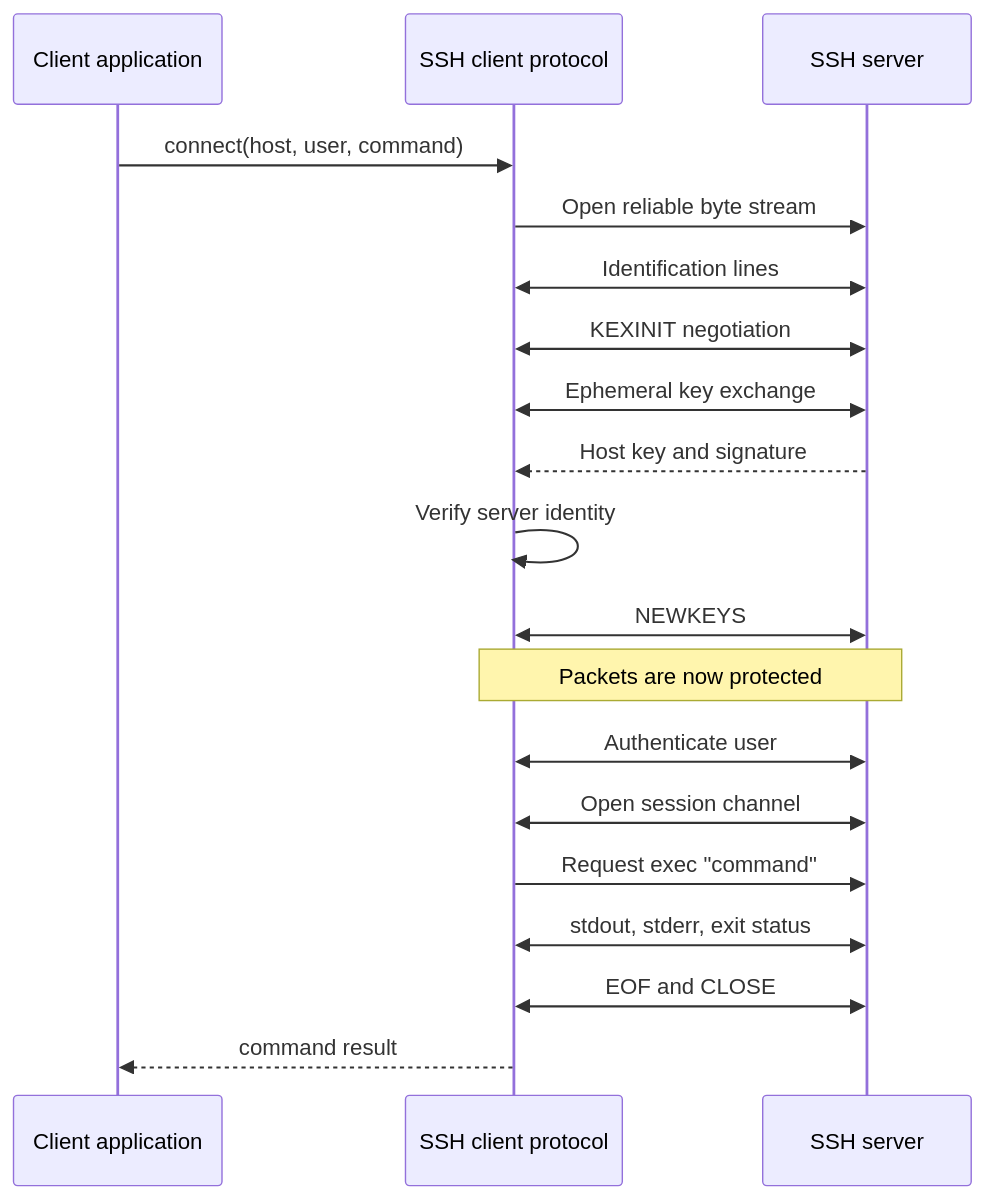
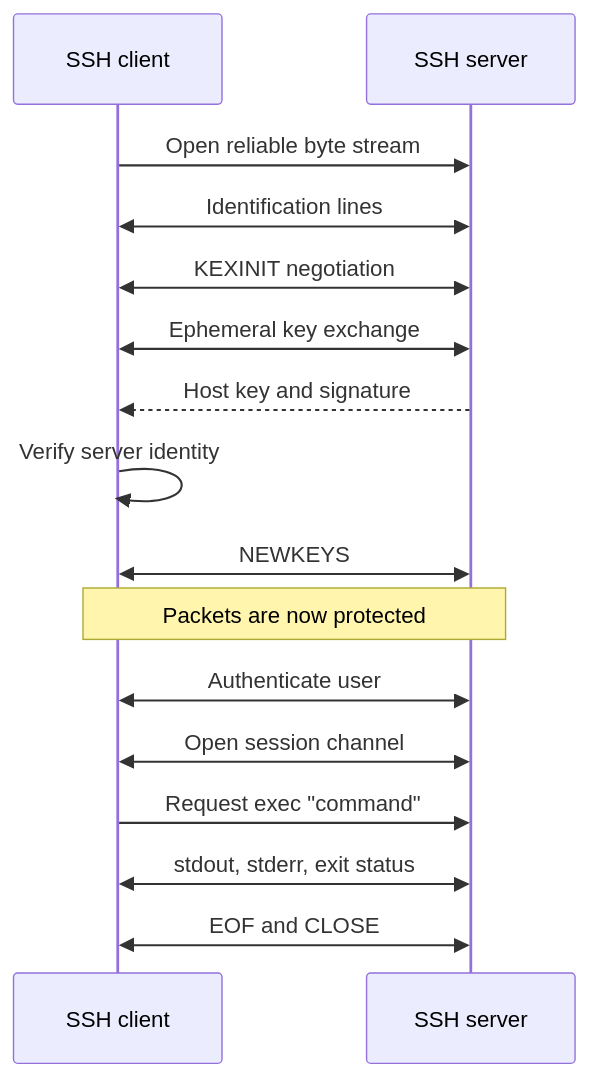
The second of 2 diagrams in src/introduction.md (fornwall/ssh-protocol), drawn with Mermaid before and after one commit.

````diff
--- a/src/introduction.md
+++ b/src/introduction.md
@@ -37,21 +37,18 @@
 ```mermaid
 sequenceDiagram
-    participant App as Client application
-    participant C as SSH client protocol
+    participant C as SSH client
     participant S as SSH server
-    App->>C: connect(host, user, command)
     C->>S: Open reliable byte stream
     C<<->>S: Identification lines
     C<<->>S: KEXINIT negotiation
     C<<->>S: Ephemeral key exchange
     S-->>C: Host key and signature
     C->>C: Verify server identity
     C<<->>S: NEWKEYS
     Note over C,S: Packets are now protected
     C<<->>S: Authenticate user
     C<<->>S: Open session channel
     C->>S: Request exec "command"
     C<<->>S: stdout, stderr, exit status
     C<<->>S: EOF and CLOSE
-    C-->>App: command result
 ```
````
